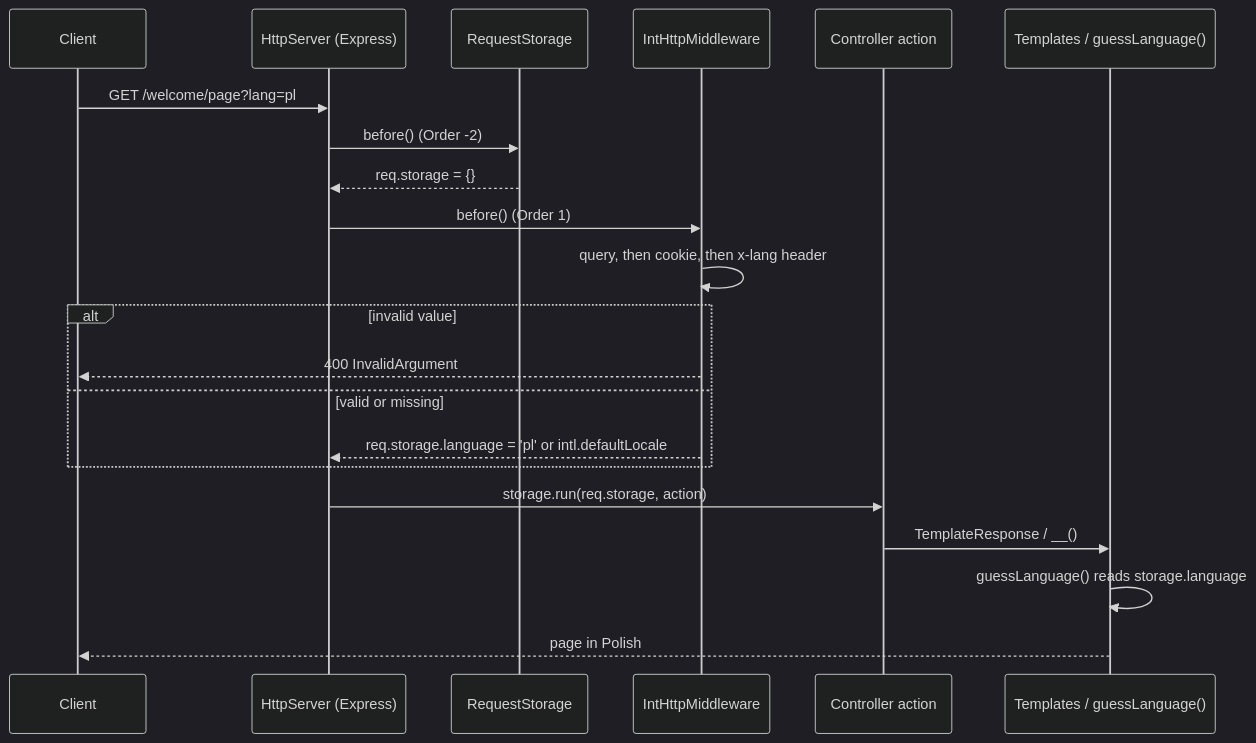
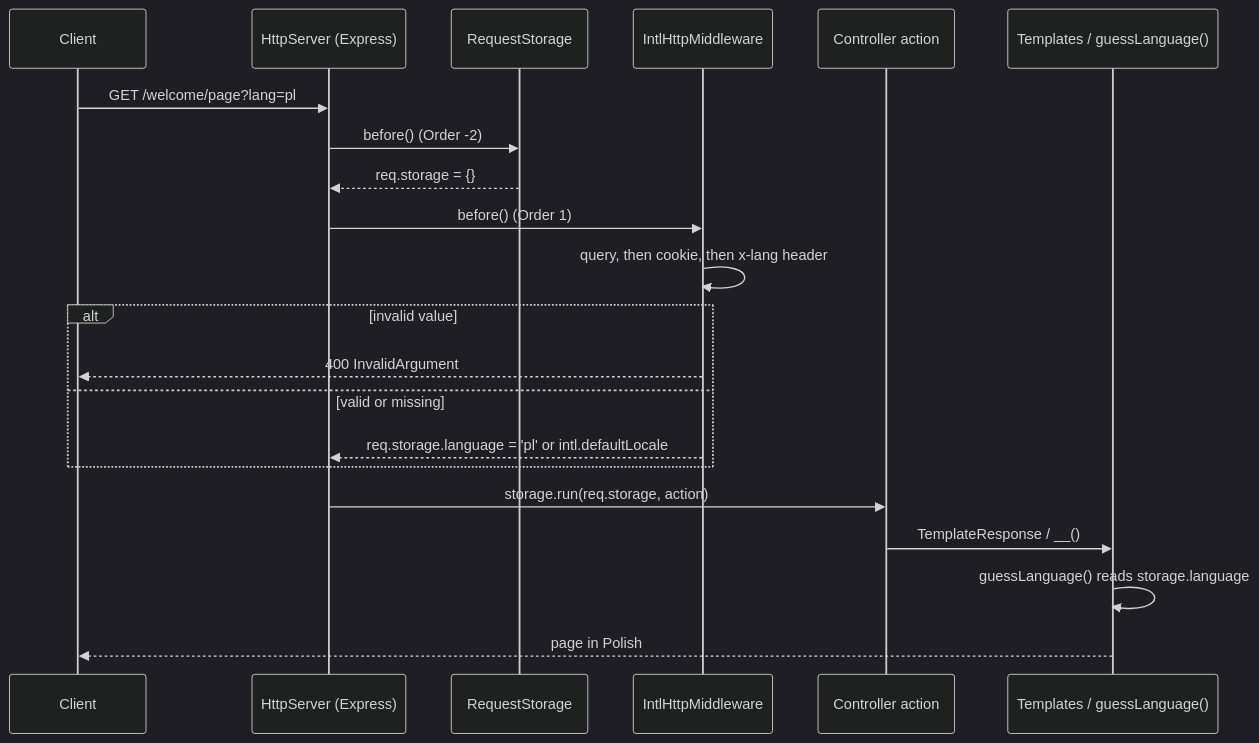
One commit to spinajs/main changed the diagram in docs/intl-http/01-request-language.md. Above: the diagram before and after it, drawn with Mermaid (dark theme). The commit also changed other lines of this file and 6 other files, not shown here.

First line of the commit message:
fix(intl-http): check default language against allow-list, tolerate missing cookie parser

````diff
--- a/docs/intl-http/01-request-language.md
+++ b/docs/intl-http/01-request-language.md
@@ -21,23 +21,23 @@
 ```mermaid
 sequenceDiagram
   participant C as Client
   participant S as HttpServer (Express)
   participant R as RequestStorage
-  participant M as IntHttpMiddleware
+  participant M as IntlHttpMiddleware
   participant A as Controller action
   participant T as Templates / guessLanguage()
   C->>S: GET /welcome/page?lang=pl
   S->>R: before() (Order -2)
   R-->>S: req.storage = {}
   S->>M: before() (Order 1)
   M->>M: query, then cookie, then x-lang header
   alt invalid value
     M-->>C: 400 InvalidArgument
   else valid or missing
     M-->>S: req.storage.language = 'pl' or intl.defaultLocale
   end
   S->>A: storage.run(req.storage, action)
   A->>T: TemplateResponse / __()
   T->>T: guessLanguage() reads storage.language
   T-->>C: page in Polish
 ```
````
